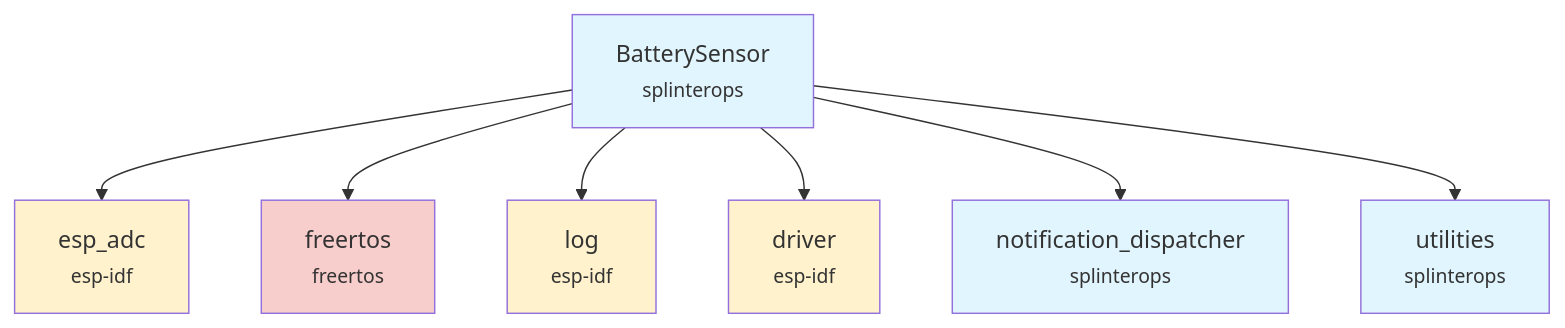
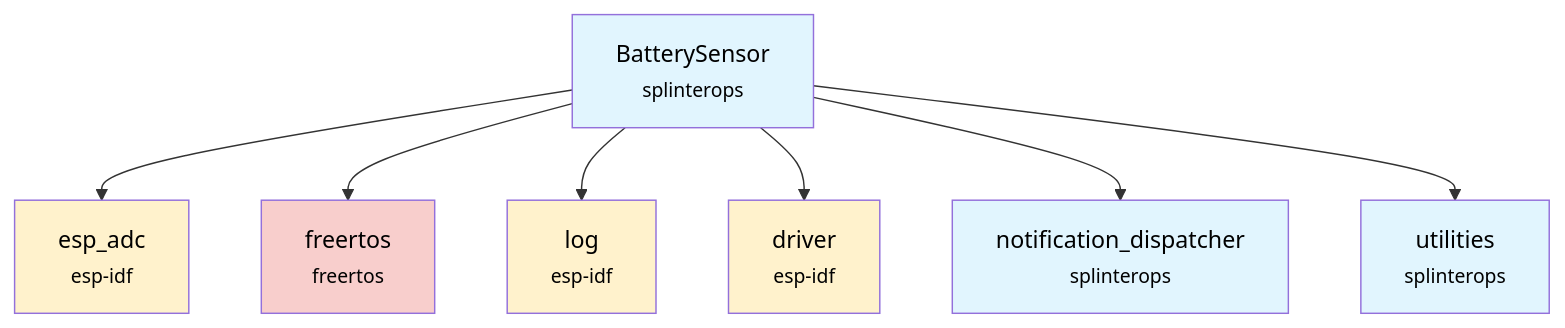
The diagram in components/battery_sensor/README.md (joehacksalot/splinterops-badge-fw), drawn with Mermaid before and after one commit. The commit also changed other lines of this file and 11 other files, not shown here.

````diff
--- a/components/battery_sensor/README.md
+++ b/components/battery_sensor/README.md
@@ -87,22 +83,22 @@
 ```mermaid
 graph TD
     A["BatterySensor<br/><small>splinterops</small>"] --> B["esp_adc<br/><small>esp-idf</small>"]
     A --> C["freertos<br/><small>freertos</small>"]
     A --> D["log<br/><small>esp-idf</small>"]
     A --> E["driver<br/><small>esp-idf</small>"]
     A --> F["notification_dispatcher<br/><small>splinterops</small>"]
     A --> G["utilities<br/><small>splinterops</small>"]
     
     %% SplinterOps components
-    style A fill:#e1f5fe
-    style F fill:#e1f5fe
-    style G fill:#e1f5fe
+    style A fill:#e1f5fe,color:#000000
+    style F fill:#e1f5fe,color:#000000
+    style G fill:#e1f5fe,color:#000000
     
     %% ESP-IDF components
-    style B fill:#fff2cc
-    style D fill:#fff2cc
-    style E fill:#fff2cc
+    style B fill:#fff2cc,color:#000000
+    style D fill:#fff2cc,color:#000000
+    style E fill:#fff2cc,color:#000000
     
     %% FreeRTOS components
-    style C fill:#f8cecc
+    style C fill:#f8cecc,color:#000000
 ```
````
